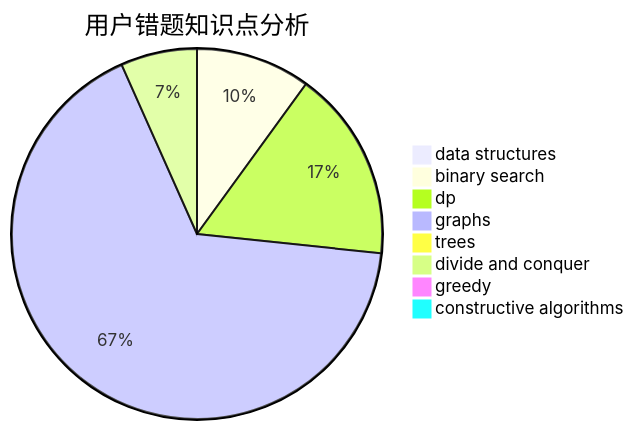
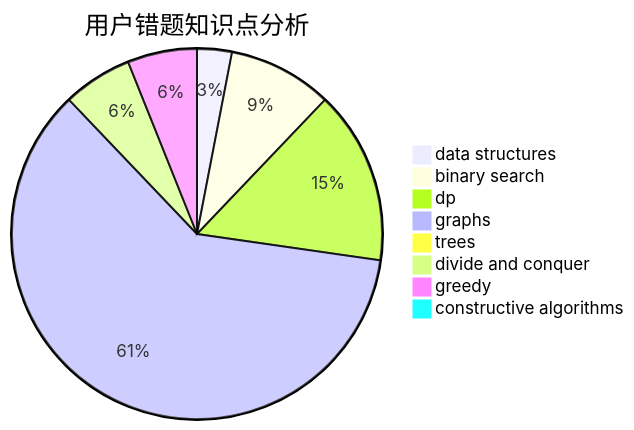
Before and after one commit to sherpahu/cfrs.github.io: the third of 3 diagrams in docs/user/u401.md, drawn with Mermaid. The commit also changed other lines of this file and 2770 other files, not shown here.

````diff
--- a/docs/user/u401.md
+++ b/docs/user/u401.md
@@ -36,11 +36,11 @@
 ```mermaid
 pie title 用户错题知识点分析
-    "data structures" :  0
+    "data structures" :  1
     "binary search" :  3
     "dp" :  5
     "graphs" :  20
     "trees" :  0
     "divide and conquer" :  2
-    "greedy" :  0
+    "greedy" :  2
     "constructive algorithms" :  0
 ```
````
